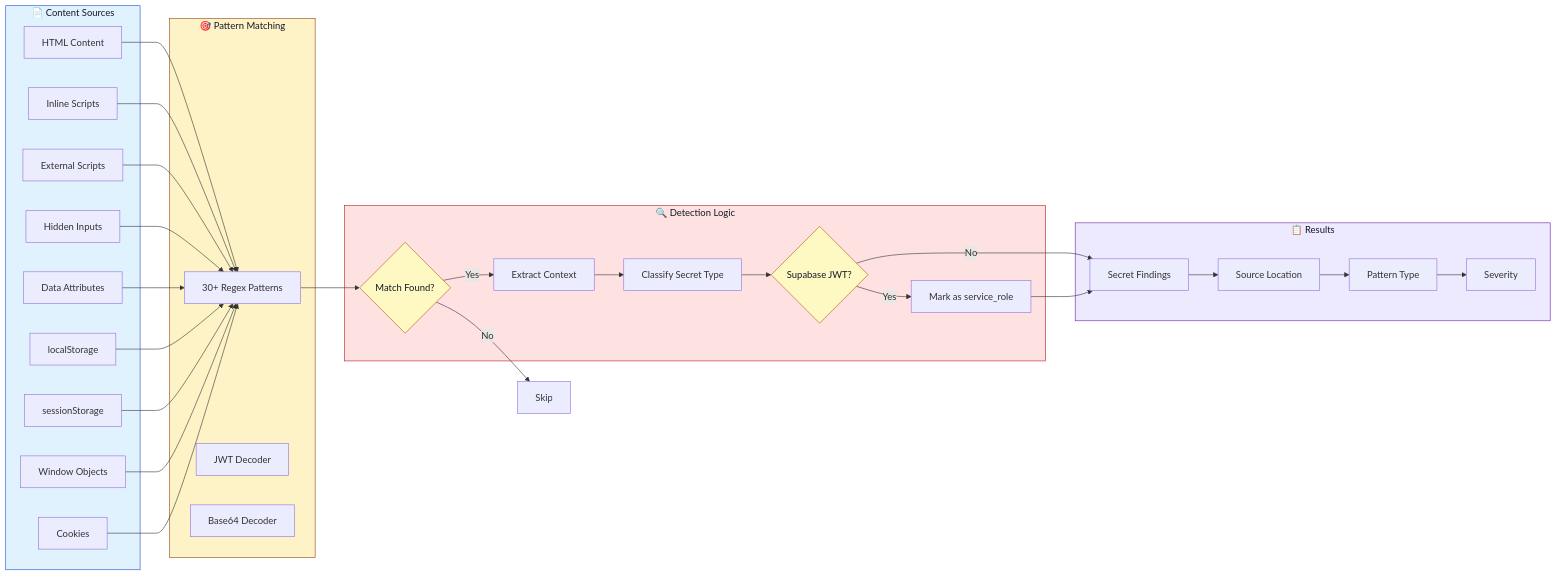
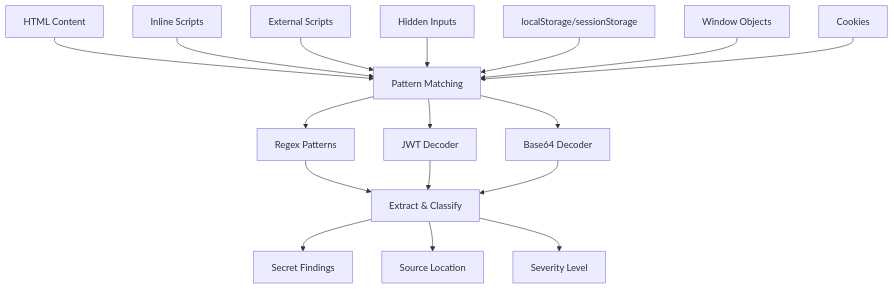
One commit to ul0gic/corrode changed the third of 3 diagrams in README.md. Above: the diagram before and after it, drawn with Mermaid. The commit also changed other lines of this file and 1 other file, not shown here.

Commit message:
docs: simplify flowcharts and remove install script

````diff
--- a/README.md
+++ b/README.md
@@ -78,53 +81,19 @@
 ```mermaid
-flowchart LR
-    subgraph Sources["📄 Content Sources"]
-        S1[HTML Content]
-        S2[Inline Scripts]
-        S3[External Scripts]
-        S4[Hidden Inputs]
-        S5[Data Attributes]
-        S6[localStorage]
-        S7[sessionStorage]
-        S8[Window Objects]
-        S9[Cookies]
-    end
-
-    subgraph Patterns["🎯 Pattern Matching"]
-        P1[30+ Regex Patterns]
-        P2[JWT Decoder]
-        P3[Base64 Decoder]
-    end
-
-    subgraph Detection["🔍 Detection Logic"]
-        D1{Match Found?}
-        D2[Extract Context]
-        D3[Classify Secret Type]
-        D4{Supabase JWT?}
-        D5[Mark as service_role]
-    end
-
-    subgraph Results["📋 Results"]
-        R1[Secret Findings]
-        R2[Source Location]
-        R3[Pattern Type]
-        R4[Severity]
-    end
-
-    S1 & S2 & S3 & S4 & S5 & S6 & S7 & S8 & S9 --> P1
-    P1 --> D1
-    D1 -->|Yes| D2
-    D1 -->|No| Skip[Skip]
-    D2 --> D3
-    D3 --> D4
-    D4 -->|Yes| D5
-    D4 -->|No| R1
-    D5 --> R1
-    R1 --> R2 --> R3 --> R4
-
-    style Sources fill:#e0f2fe,stroke:#1d4ed8,color:#0f172a
-    style Patterns fill:#fef3c7,stroke:#92400e,color:#111827
-    style Detection fill:#fee2e2,stroke:#b91c1c,color:#111827
-    style Results fill:#ede9fe,stroke:#6b21a8,color:#111827
-    style D1 fill:#fef9c3,stroke:#b45309,color:#111827
-    style D4 fill:#fef9c3,stroke:#b45309,color:#111827
+graph TD
+    S1[HTML Content] --> P[Pattern Matching]
+    S2[Inline Scripts] --> P
+    S3[External Scripts] --> P
+    S4[Hidden Inputs] --> P
+    S5[localStorage/sessionStorage] --> P
+    S6[Window Objects] --> P
+    S7[Cookies] --> P
+    P --> D1[Regex Patterns]
+    P --> D2[JWT Decoder]
+    P --> D3[Base64 Decoder]
+    D1 --> R[Extract & Classify]
+    D2 --> R
+    D3 --> R
+    R --> F1[Secret Findings]
+    R --> F2[Source Location]
+    R --> F3[Severity Level]
 ```
````
